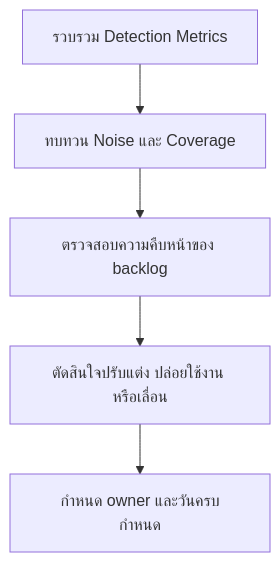
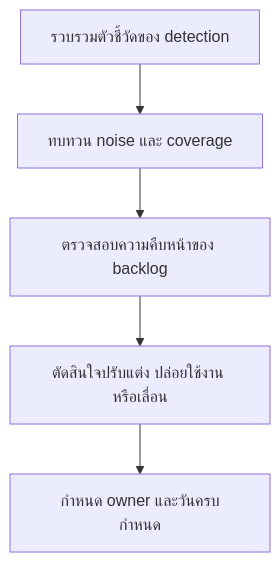
The diagram in 11_Reporting_Templates/Weekly_Detection_Review_Pack.th.md (nutthakorn7/SOC-Standard-Operating-Procedures), drawn with Mermaid before and after one commit. The commit also changed other lines of this file and 4 other files, not shown here.

````diff
--- a/11_Reporting_Templates/Weekly_Detection_Review_Pack.th.md
+++ b/11_Reporting_Templates/Weekly_Detection_Review_Pack.th.md
@@ -6,7 +6,7 @@
 ```mermaid
 graph TD
-    A["รวบรวม Detection Metrics"] --> B["ทบทวน Noise และ Coverage"]
+    A["รวบรวมตัวชี้วัดของ detection"] --> B["ทบทวน noise และ coverage"]
     B --> C["ตรวจสอบความคืบหน้าของ backlog"]
     C --> D["ตัดสินใจปรับแต่ง ปล่อยใช้งาน หรือเลื่อน"]
     D --> E["กำหนด owner และวันครบกำหนด"]
 ```
````
